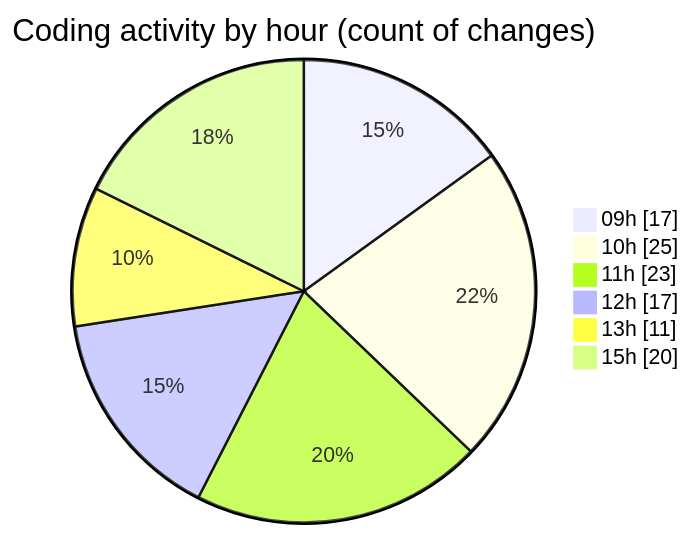
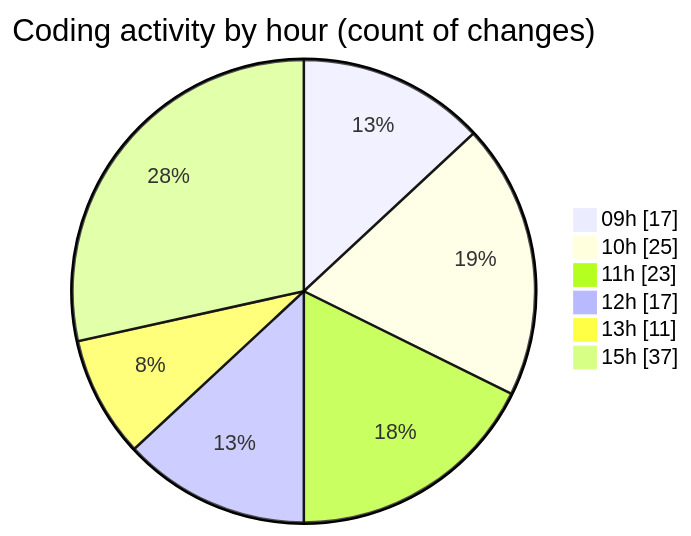
One commit to momahboobian/code-tracking changed the second of 2 diagrams in 2026-08-04/cda/README.md. Above: the diagram before and after it, drawn with Mermaid. The commit also changed other lines of this file and 1 other file, not shown here.

````diff
--- a/2026-08-04/cda/README.md
+++ b/2026-08-04/cda/README.md
@@ -57,10 +57,10 @@
 ```mermaid
 pie showData
 title Coding activity by hour (count of changes)
 "09h" : 17
 "10h" : 25
 "11h" : 23
 "12h" : 17
 "13h" : 11
-"15h" : 20
+"15h" : 37
 ```
````
